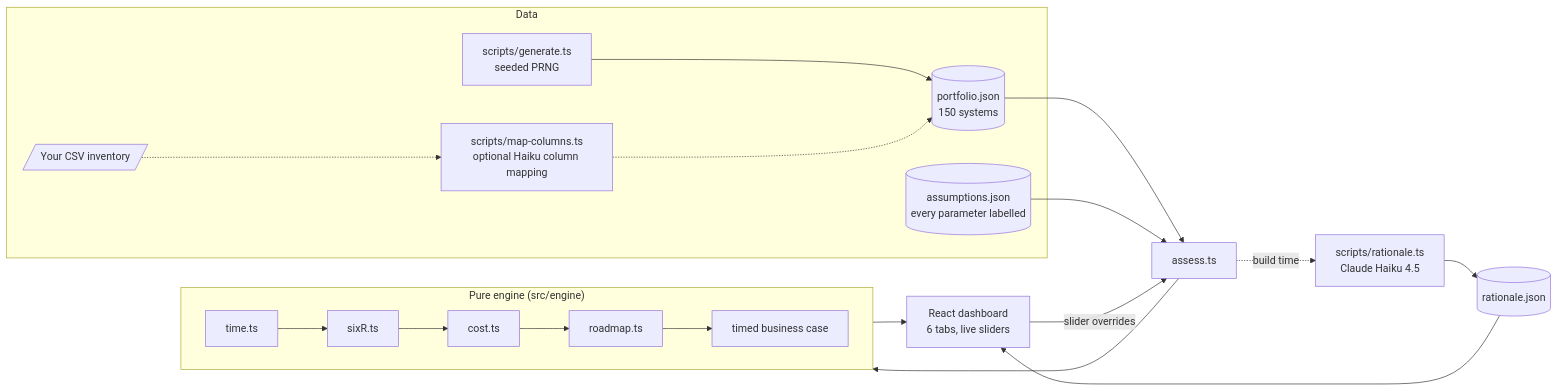
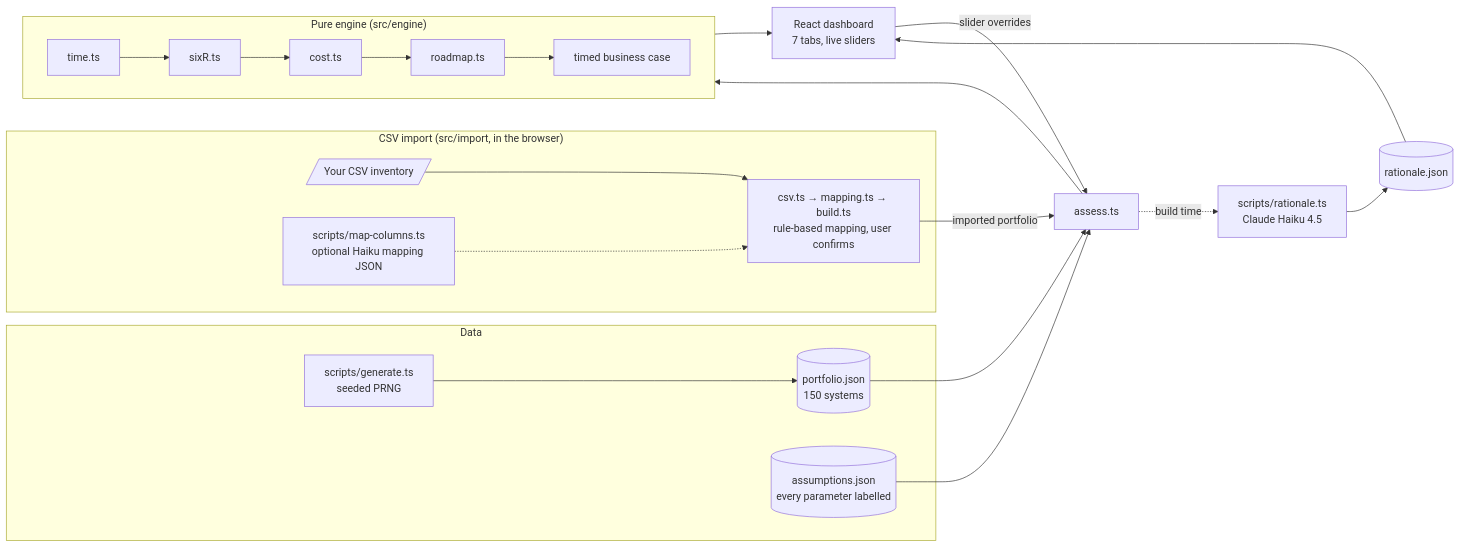
Before and after one commit to tSLoseth/app-portfolio-rationalizer: the second of 2 diagrams in README.md, drawn with Mermaid. The commit also changed other lines of this file and 9 other files, not shown here.

````diff
--- a/README.md
+++ b/README.md
@@ -152,23 +156,27 @@
 ```mermaid
 flowchart LR
     subgraph Data
         GEN[scripts/generate.ts<br/>seeded PRNG] --> PF[(portfolio.json<br/>150 systems)]
         AS[(assumptions.json<br/>every parameter labelled)]
-        CSV[/Your CSV inventory/] -.-> MAP[scripts/map-columns.ts<br/>optional Haiku column mapping]
-        MAP -.-> PF
+    end
+
+    subgraph Import["CSV import (src/import, in the browser)"]
+        CSV[/Your CSV inventory/] --> IMP[csv.ts → mapping.ts → build.ts<br/>rule-based mapping, user confirms]
+        MAP[scripts/map-columns.ts<br/>optional Haiku mapping JSON] -.-> IMP
     end
 
     subgraph Engine["Pure engine (src/engine)"]
         direction LR
         T[time.ts] --> R[sixR.ts] --> C[cost.ts] --> RM[roadmap.ts]
         RM --> BC[timed business case]
     end
 
     PF --> A[assess.ts]
+    IMP -- imported portfolio --> A
     AS --> A
     A --> T
-    BC --> UI[React dashboard<br/>6 tabs, live sliders]
+    BC --> UI[React dashboard<br/>7 tabs, live sliders]
     UI -- slider overrides --> A
 
     A -. build time .-> RAT[scripts/rationale.ts<br/>Claude Haiku 4.5] --> RJ[(rationale.json)] --> UI
 ```
````
